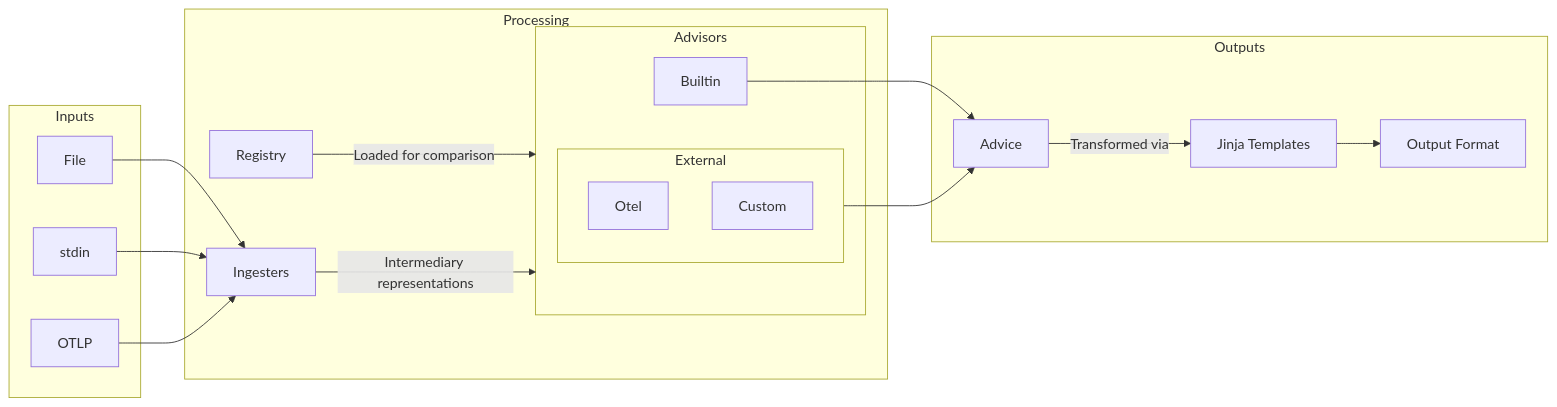
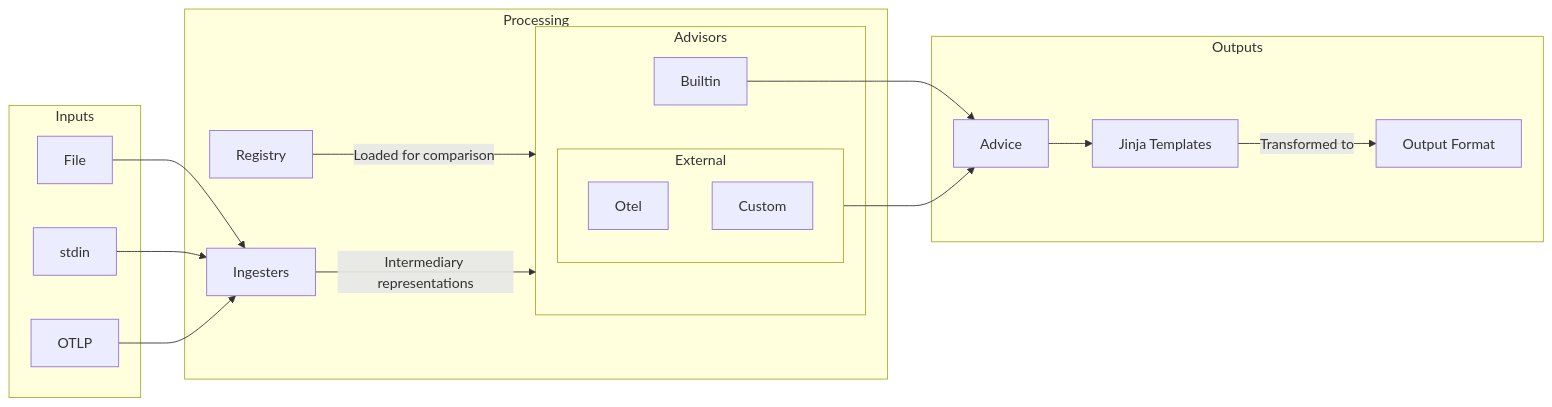
Before and after one commit to open-telemetry/weaver: the diagram in crates/weaver_live_check/README.md, drawn with Mermaid. The commit also changed other lines of this file and 9 other files, not shown here.

````diff
--- a/crates/weaver_live_check/README.md
+++ b/crates/weaver_live_check/README.md
@@ -7,41 +7,41 @@
 ```mermaid
 flowchart LR
     subgraph Inputs
         file["File"]
         stdin["stdin"]
         otlp["OTLP"]
     end
 
     subgraph Core["Processing"]
         registry["Registry"]
         ingesters["Ingesters"]
 
         subgraph advisors["Advisors"]
             builtin["Builtin"]
 
             subgraph external["External"]
                 otel["Otel"]
                 custom["Custom"]
             end
         end
     end
 
     subgraph Outputs
         advice["Advice"]
         templates["Jinja Templates"]
         output["Output Format"]
     end
 
     file --> ingesters
     stdin --> ingesters
     otlp --> ingesters
 
     registry -- "Loaded for comparison" --> advisors
     ingesters -- "Intermediary representations" --> advisors
 
     builtin --> advice
     external --> advice
 
-    advice -- "Transformed via" --> templates
-    templates --> output
+    advice --> templates
+    templates -- "Transformed to" --> output
 ```
````
